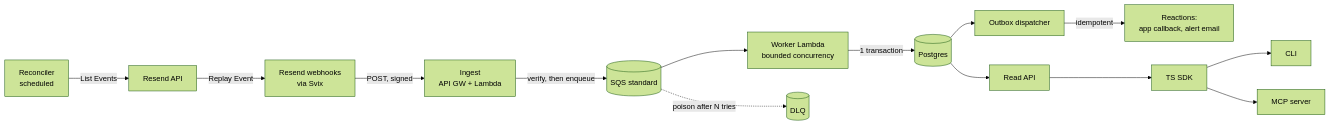
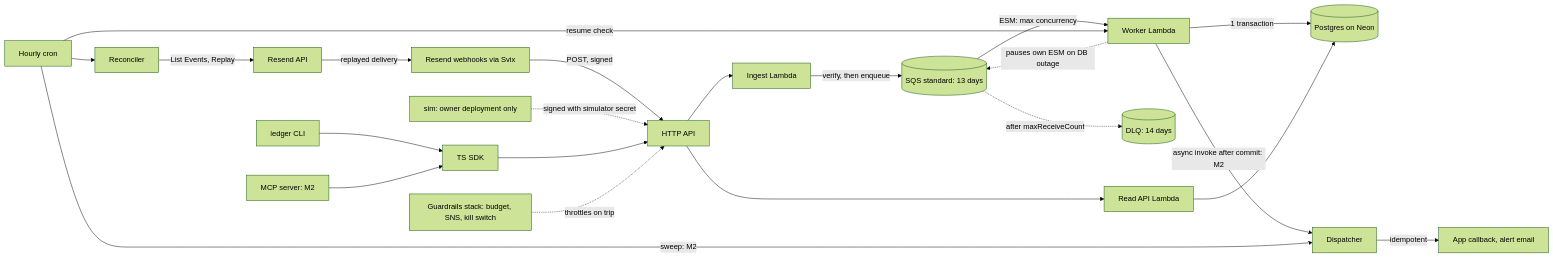
One commit to phillippelevidad/resend-application changed the diagram in .ai/architecture.md. Above: the diagram before and after it, drawn with Mermaid (forest theme). The commit also changed other lines of this file and 7 other files, not shown here.

First line of the commit message:
docs: write .ai/architecture.md

````diff
--- a/.ai/architecture.md
+++ b/.ai/architecture.md
@@ -59,15 +30,24 @@
 ```mermaid
 flowchart LR
-  R[Resend webhooks<br/>via Svix] -->|POST, signed| I[Ingest<br/>API GW + Lambda]
-  I -->|verify, then enqueue| Q[(SQS standard)]
-  Q --> W[Worker Lambda<br/>bounded concurrency]
-  W -->|1 transaction| DB[(Postgres)]
-  Q -. poison after N tries .-> DLQ[(DLQ)]
-  DB --> O[Outbox dispatcher]
-  O -->|idempotent| X[Reactions:<br/>app callback, alert email]
-  C[Reconciler<br/>scheduled] -->|List Events| RA[Resend API]
-  RA -->|Replay Event| R
-  DB --> API[Read API]
-  API --> SDK[TS SDK] --> CLI[CLI]
-  SDK --> MCP[MCP server]
+  R[Resend webhooks via Svix] -->|POST, signed| GW[HTTP API]
+  S[sim: owner deployment only] -.->|signed with simulator secret| GW
+  GW --> I[Ingest Lambda]
+  I -->|verify, then enqueue| Q[(SQS standard: 13 days)]
+  Q -->|ESM: max concurrency| W[Worker Lambda]
+  W -->|1 transaction| DB[(Postgres on Neon)]
+  W -. pauses own ESM on DB outage .-> Q
+  Q -. after maxReceiveCount .-> DLQ[(DLQ: 14 days)]
+  W -->|async invoke after commit: M2| D[Dispatcher]
+  D -->|idempotent| X[App callback, alert email]
+  T[Hourly cron] --> C[Reconciler]
+  T -->|resume check| W
+  T -->|sweep: M2| D
+  C -->|List Events, Replay| RA[Resend API]
+  RA -->|replayed delivery| R
+  GW --> API[Read API Lambda]
+  API --> DB
+  CLI[ledger CLI] --> SDK[TS SDK]
+  MCP[MCP server: M2] --> SDK
+  SDK --> GW
+  G[Guardrails stack: budget, SNS, kill switch] -. throttles on trip .-> GW
 ```
````
